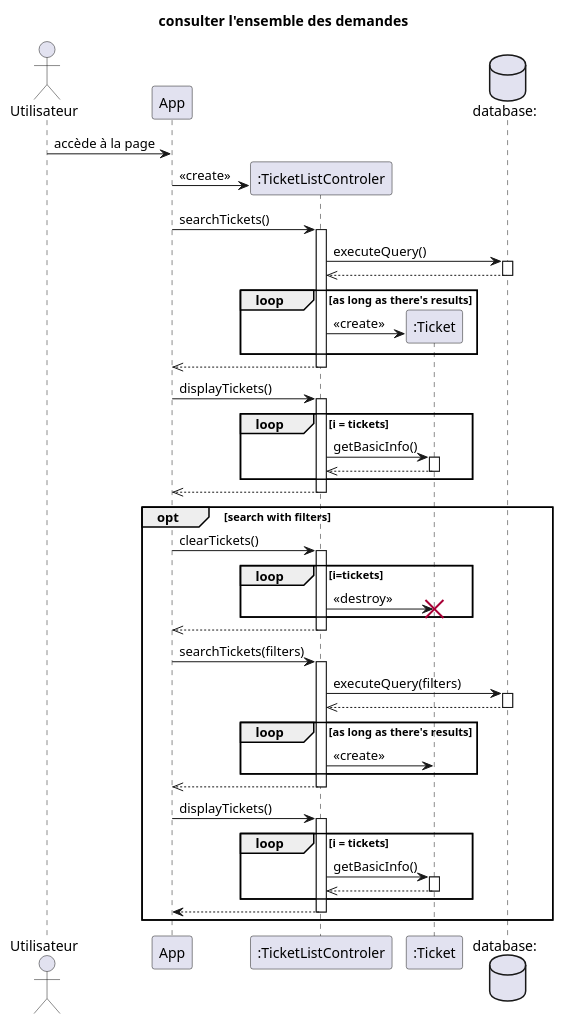
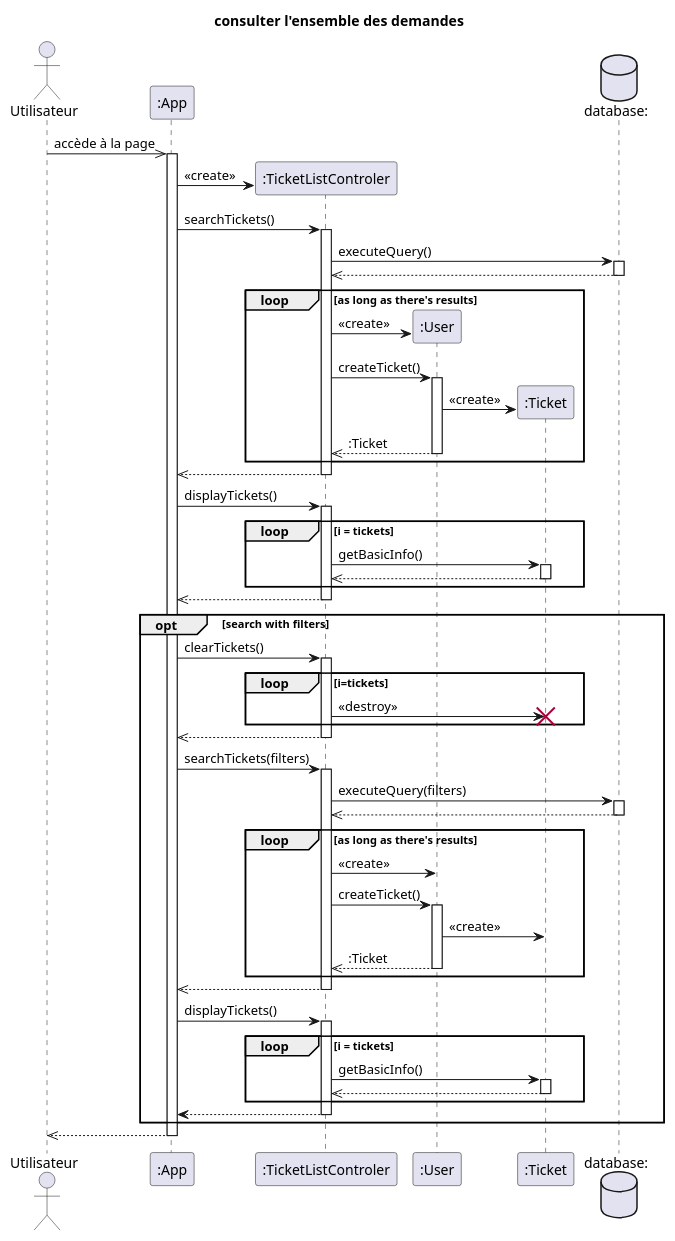
One commit to dorianleveque/CoHub changed the diagram in docs/UML/diagrammes séquence/consulter l'ensemble des demandes.puml. Above: the diagram before and after it, drawn with PlantUML. The commit also changed 5 other files, not shown here.

```diff
--- a/docs/UML/diagrammes séquence/consulter l'ensemble des demandes.puml
+++ b/docs/UML/diagrammes séquence/consulter l'ensemble des demandes.puml
@@ -1,78 +1,92 @@
 @startuml consulter l'ensemble des demandes
 title consulter l'ensemble des demandes
 
 actor client as "Utilisateur" order 1 
-participant app as "App" order 2 
-database bdd as "database:"  order 5
+participant app as ":App" order 2 
+database bdd as "database:"  order 6
 
-client -> app :accède à la page 
+client ->> app :accède à la page 
+activate app
 create tlc as ":TicketListControler" order 3
 app -> tlc : <<create>>
 
 app -> tlc : searchTickets() 
 activate tlc
 tlc -> bdd : executeQuery()
 activate bdd
 tlc <<-- bdd
 deactivate bdd
 
 loop as long as there's results
-    create ticket as ":Ticket" order 4
-    tlc -> ticket : <<create>>
+    create user as ":User" order 4
+    tlc -> user : <<create>>
+    tlc -> user : createTicket()
+    activate user
+    create ticket as ":Ticket" order 5
+    user -> ticket : <<create>>
+    tlc <<-- user : :Ticket
+    deactivate user
 end
 app <<-- tlc
 deactivate tlc
 
 app -> tlc : displayTickets()
 activate tlc
 
 loop i = tickets
 tlc -> ticket : getBasicInfo()
 activate ticket
 tlc <<-- ticket: 
 deactivate ticket
 end
 
 
 app <<-- tlc
 deactivate tlc
 
 opt search with filters
     app -> tlc: clearTickets()
     activate tlc
     loop i=tickets
         tlc -> ticket: <<destroy>>
         destroy ticket
     end
     app <<-- tlc
     deactivate tlc
 
     app -> tlc : searchTickets(filters) 
     activate tlc
     tlc -> bdd : executeQuery(filters)
     activate bdd
     tlc <<-- bdd
     deactivate bdd
 
     loop as long as there's results
-        tlc -> ticket : <<create>> 
-        create ticket as ":Ticket" order 4
+        create user as ":User" order 4
+        tlc -> user : <<create>>
+        tlc -> user : createTicket()
+        activate user
+        create ticket as ":Ticket" order 5
+        user -> ticket : <<create>>
+        tlc <<-- user : :Ticket
+        deactivate user
     end
     app <<-- tlc
     deactivate tlc
 
     app -> tlc : displayTickets()
     activate tlc
     loop i = tickets
         tlc -> ticket : getBasicInfo()
         activate ticket
         tlc <<-- ticket: 
         deactivate ticket
     end
     
     app <-- tlc
     deactivate tlc
 end
-
+client <<-- app
+deactivate app
 
 @enduml
```
